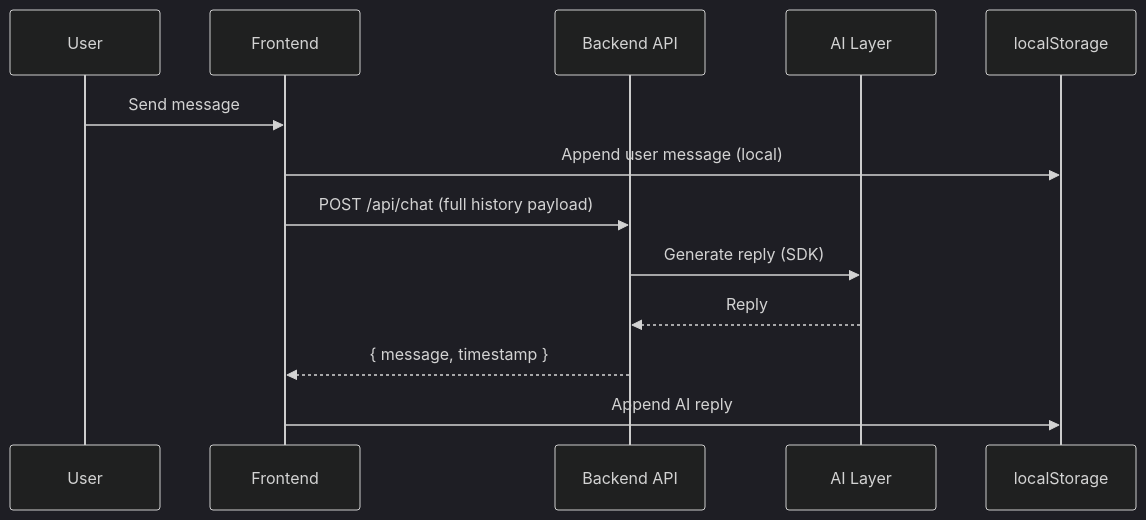
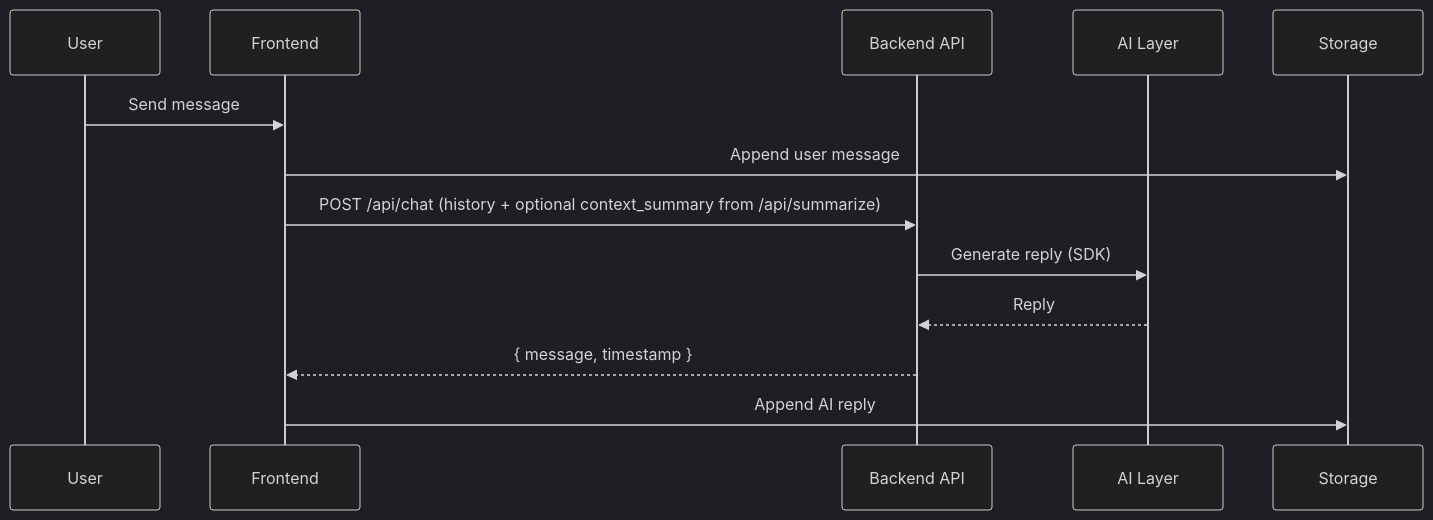
The fifth of 9 diagrams in safespace_system_design.md (Dhrithi432/panw-hackathon-journal-casestudy), drawn with Mermaid (dark theme) before and after one commit. The commit also changed other lines of this file and 1 other file, not shown here.

````diff
--- a/safespace_system_design.md
+++ b/safespace_system_design.md
@@ -102,16 +115,16 @@
 ```mermaid
 sequenceDiagram
     participant U as User
     participant FE as Frontend
     participant BE as Backend API
     participant AI as AI Layer
-    participant LS as localStorage
+    participant Storage as Storage
 
     U->>FE: Send message
-    FE->>LS: Append user message (local)
-    FE->>BE: POST /api/chat (full history payload)
+    FE->>Storage: Append user message
+    FE->>BE: POST /api/chat (history + optional context_summary from /api/summarize)
     BE->>AI: Generate reply (SDK)
     AI-->>BE: Reply
     BE-->>FE: { message, timestamp }
-    FE->>LS: Append AI reply
+    FE->>Storage: Append AI reply
 ```
````
